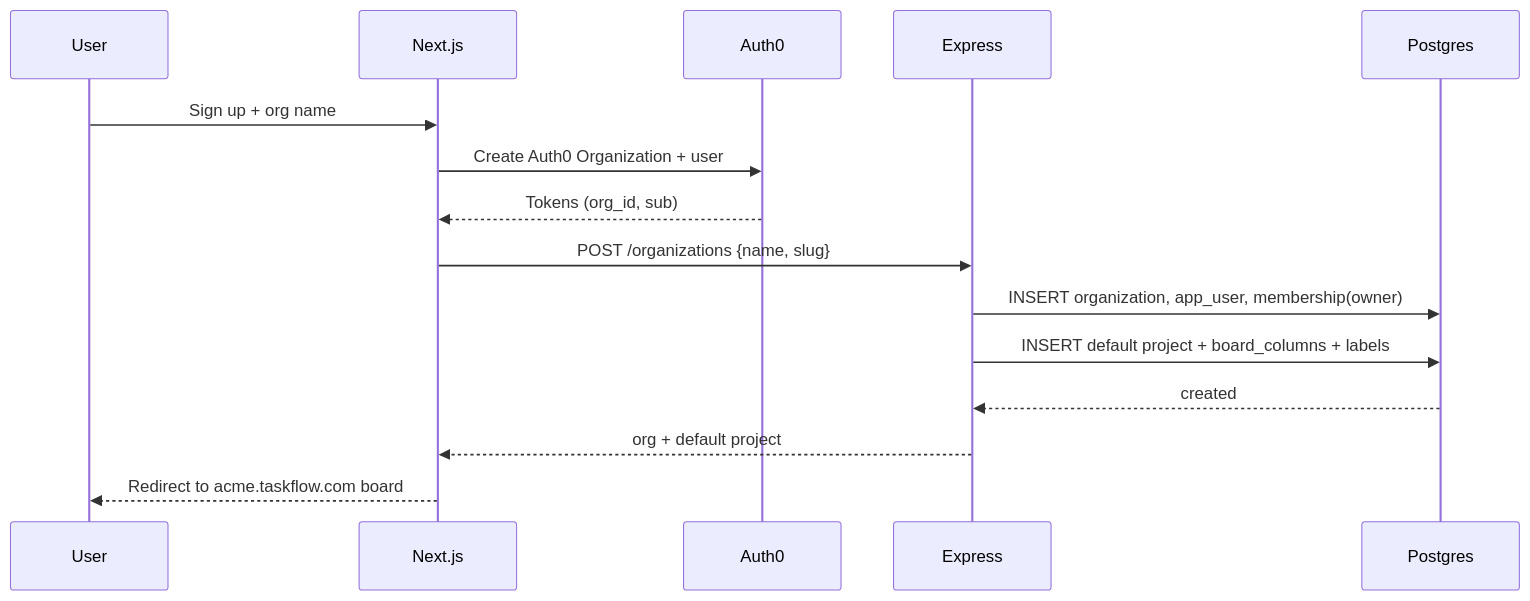
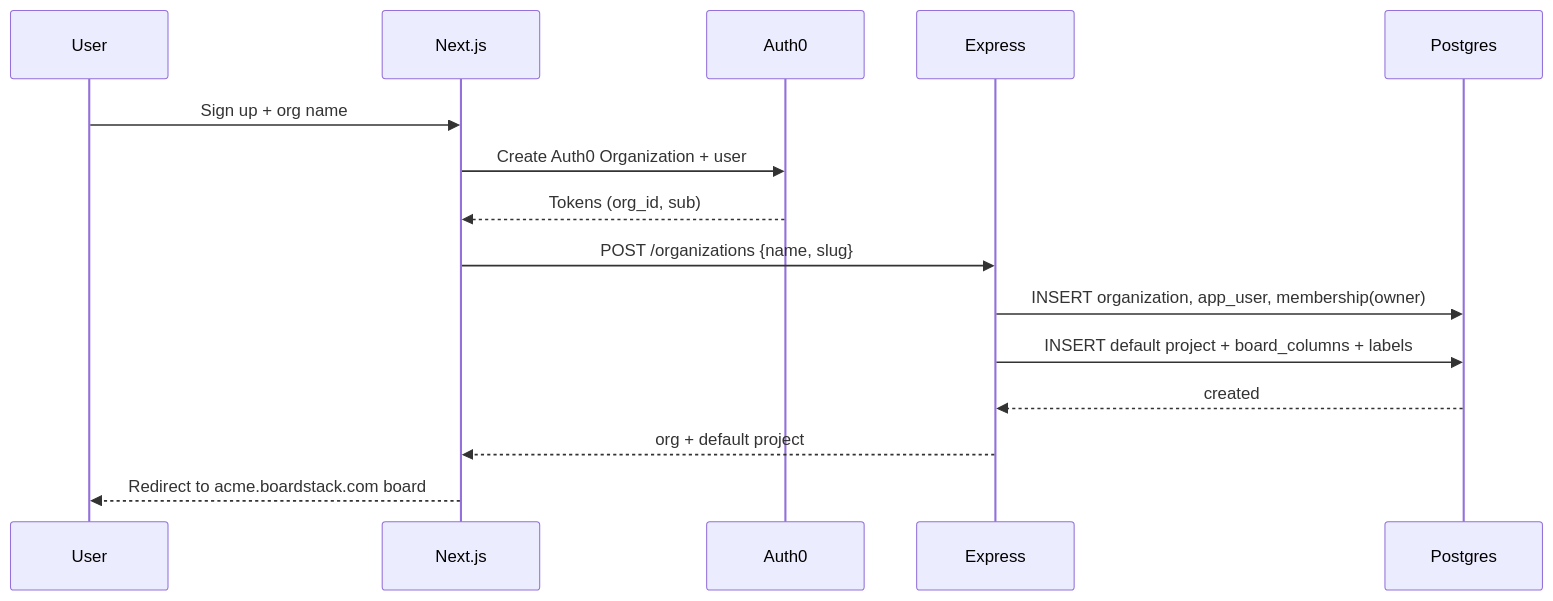
The fifth of 7 diagrams in boardstack-data-model.md (singhpradip/Project), drawn with Mermaid before and after one commit. The commit also changed other lines of this file and 11 other files, not shown here.

````diff
--- a/boardstack-data-model.md
+++ b/boardstack-data-model.md
@@ -360,18 +360,18 @@
 ```mermaid
 sequenceDiagram
     participant U as User
     participant W as Next.js
     participant A as Auth0
     participant API as Express
     participant DB as Postgres
 
     U->>W: Sign up + org name
     W->>A: Create Auth0 Organization + user
     A-->>W: Tokens (org_id, sub)
     W->>API: POST /organizations {name, slug}
     API->>DB: INSERT organization, app_user, membership(owner)
     API->>DB: INSERT default project + board_columns + labels
     DB-->>API: created
     API-->>W: org + default project
-    W-->>U: Redirect to acme.taskflow.com board
+    W-->>U: Redirect to acme.boardstack.com board
 ```
````
